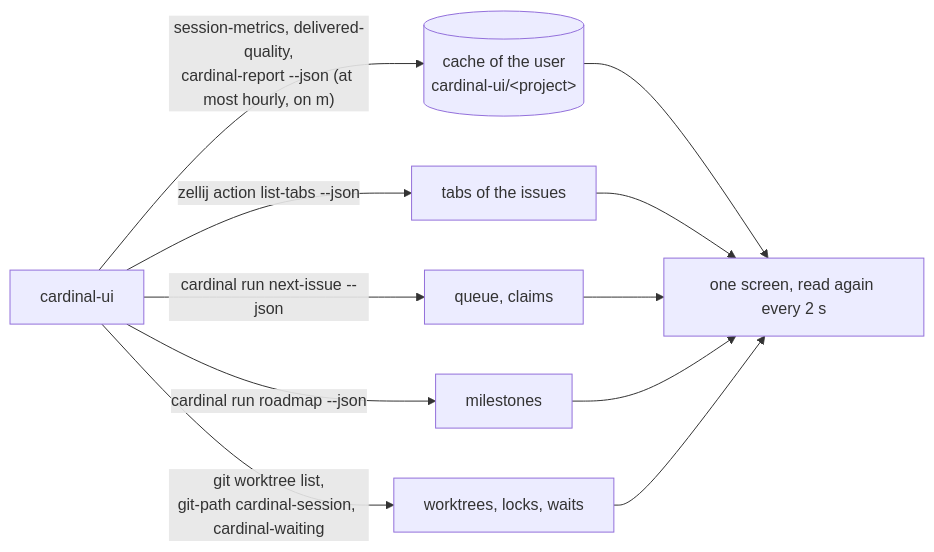
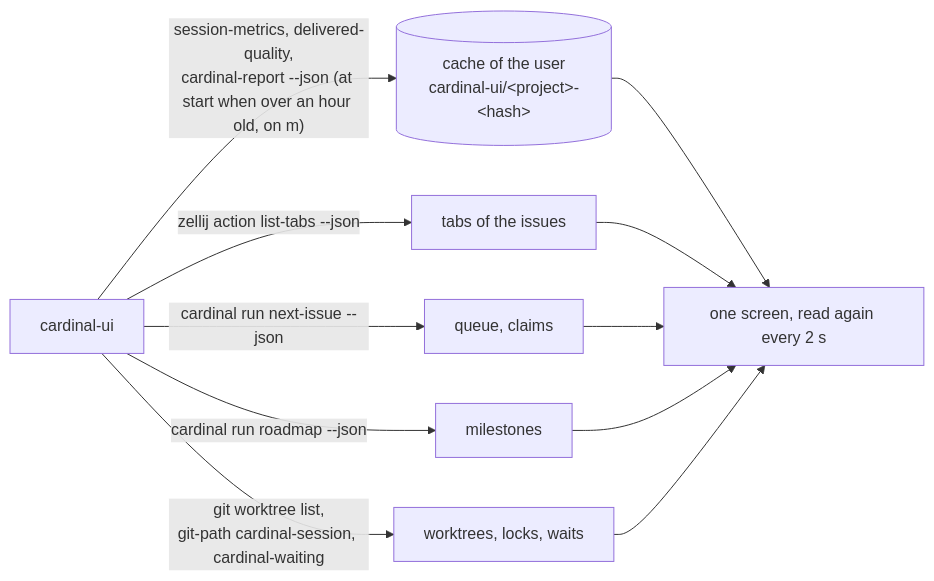
Before and after one commit to Electron-libre/cardinal: the third of 3 diagrams in docs/architecture.md, drawn with Mermaid. The commit also changed 10 other files, not shown here.

````diff
--- a/docs/architecture.md
+++ b/docs/architecture.md
@@ -245,13 +245,13 @@
 ```mermaid
 flowchart LR
   ui["cardinal-ui"] -->|"cardinal run next-issue --json"| queue["queue, claims"]
   ui -->|"cardinal run roadmap --json"| milestones["milestones"]
   ui -->|"git worktree list,<br/>git-path cardinal-session, cardinal-waiting"| worktrees["worktrees, locks, waits"]
   ui -->|"zellij action list-tabs --json"| tabs["tabs of the issues"]
-  ui -->|"session-metrics, delivered-quality,<br/>cardinal-report --json (at most hourly, on m)"| cache[("cache of the user<br/>cardinal-ui/&lt;project&gt;")]
+  ui -->|"session-metrics, delivered-quality,<br/>cardinal-report --json (at start when over an hour old, on m)"| cache[("cache of the user<br/>cardinal-ui/&lt;project&gt;-&lt;hash&gt;")]
   cache --> screen
   tabs --> screen
   queue --> screen["one screen, read again every 2 s"]
   milestones --> screen
   worktrees --> screen
 ```
````
